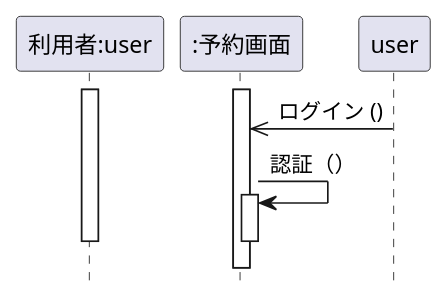
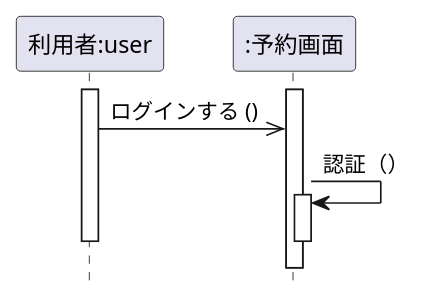
The diagram in 演習4-2_SD_利用者と予約画面.pu (Raiki215/uml-introduction), drawn with PlantUML before and after one commit.

Commit message:
やり直し

```diff
--- a/演習4-2_SD_利用者と予約画面.pu
+++ b/演習4-2_SD_利用者と予約画面.pu
@@ -1,12 +1,12 @@
 @startuml
 hide footbox
 participant "利用者:user" as u
 participant ":予約画面" as  y
 activate u
 activate y
-user ->> y :ログイン ()
+u ->> y :ログインする ()
 y -> y: 認証（）
 activate y
 deactivate u
 deactivate y
 @enduml
```
